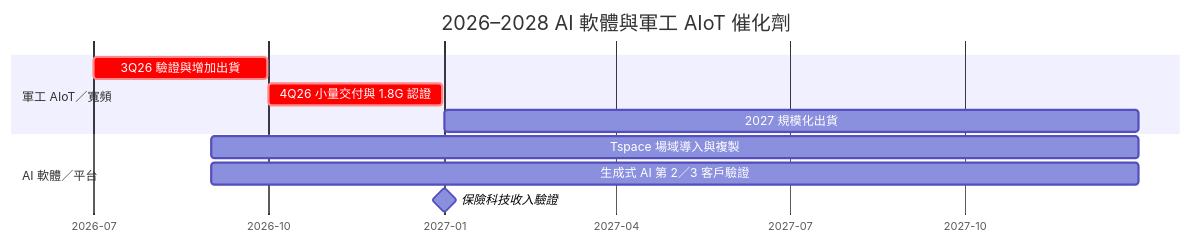
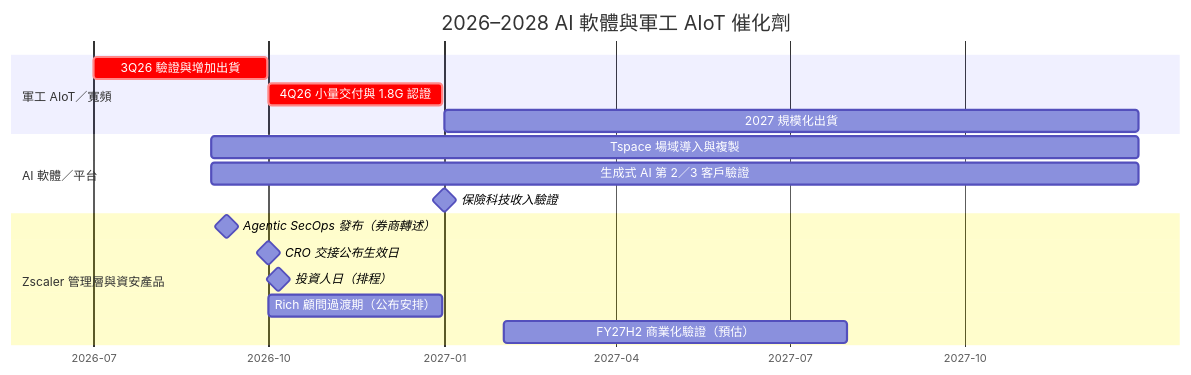
Before and after one commit to kevn950324/wiki_Stockv2: the diagram in content/lib/5.schedule/時程_2026AI軟體與軍工AIoT催化劑.md, drawn with Mermaid. The commit also changed other lines of this file and 26 other files, not shown here.

````diff
--- a/content/lib/5.schedule/時程_2026AI軟體與軍工AIoT催化劑.md
+++ b/content/lib/5.schedule/時程_2026AI軟體與軍工AIoT催化劑.md
@@ -32,14 +43,20 @@
 ```mermaid
 gantt
     title 2026–2028 AI 軟體與軍工 AIoT 催化劑
     dateFormat YYYY-MM-DD
     axisFormat %Y-%m
     section 軍工 AIoT／寬頻
     3Q26 驗證與增加出貨 :crit, 2026-07-01, 2026-09-30
     4Q26 小量交付與 1.8G 認證 :crit, 2026-10-01, 2026-12-31
     2027 規模化出貨 :2027-01-01, 2027-12-31
     section AI 軟體／平台
     Tspace 場域導入與複製 :2026-09-01, 2027-12-31
     生成式 AI 第 2／3 客戶驗證 :2026-09-01, 2027-12-31
     保險科技收入驗證 :milestone, 2027-01-01, 0d
+    section Zscaler 管理層與資安產品
+    Agentic SecOps 發布（券商轉述） :milestone, 2026-09-09, 0d
+    CRO 交接公布生效日 :milestone, 2026-10-01, 0d
+    投資人日（排程） :milestone, 2026-10-06, 0d
+    Rich 顧問過渡期（公布安排） :2026-10-01, 2026-12-31
+    FY27H2 商業化驗證（預估） :2027-02-01, 2027-07-31
 ```
````
